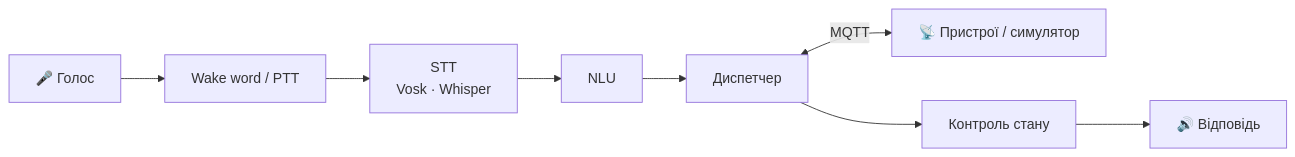
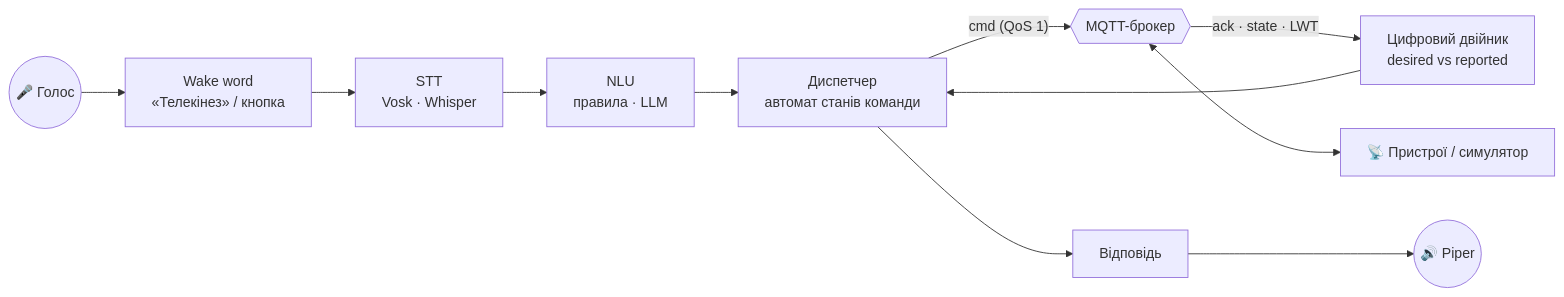
The diagram in README.md (Thywyth/Teleckinez), drawn with Mermaid before and after one commit. The commit also changed other lines of this file and 3 other files, not shown here.

````diff
--- a/README.md
+++ b/README.md
@@ -26,6 +37,12 @@
 ```mermaid
 flowchart LR
-    A[🎤 Голос] --> B[Wake word / PTT] --> C[STT<br/>Vosk · Whisper] --> D[NLU] --> E[Диспетчер]
-    E <-->|MQTT| F[📡 Пристрої / симулятор]
-    E --> G[Контроль стану] --> H[🔊 Відповідь]
+    U((🎤 Голос)) --> W[Wake word<br/>«Телекінез» / кнопка]
+    W --> S[STT<br/>Vosk · Whisper]
+    S --> N[NLU<br/>правила · LLM]
+    N --> D[Диспетчер<br/>автомат станів команди]
+    D -- "cmd (QoS 1)" --> B{{MQTT-брокер}}
+    B -- "ack · state · LWT" --> T[Цифровий двійник<br/>desired vs reported]
+    T --> D
+    B <--> P[📡 Пристрої / симулятор]
+    D --> R[Відповідь] --> V((🔊 Piper))
 ```
````
